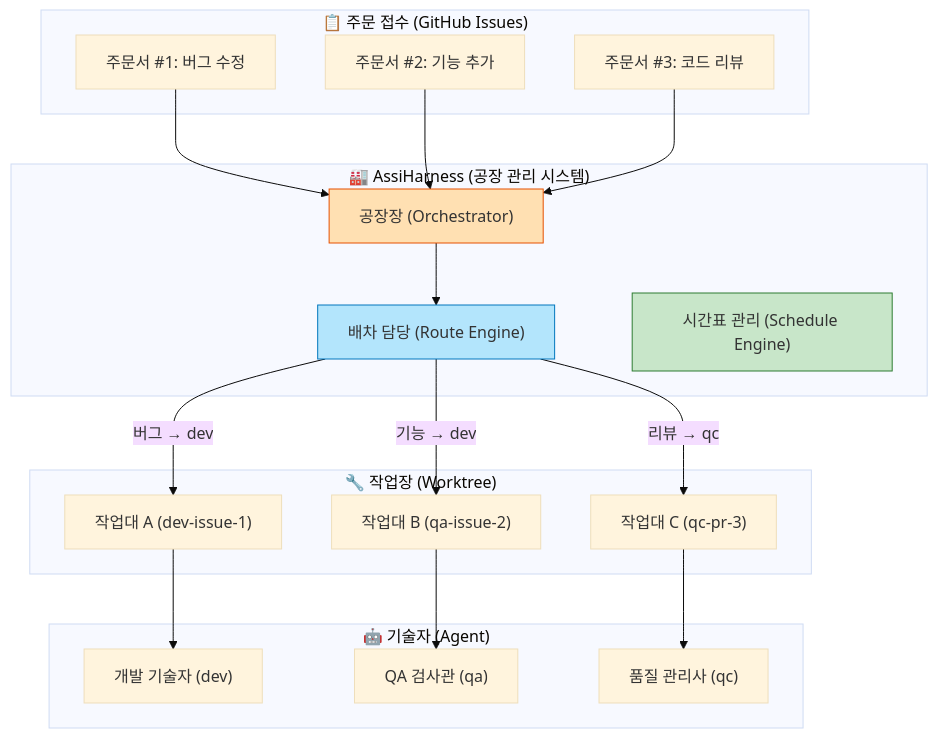
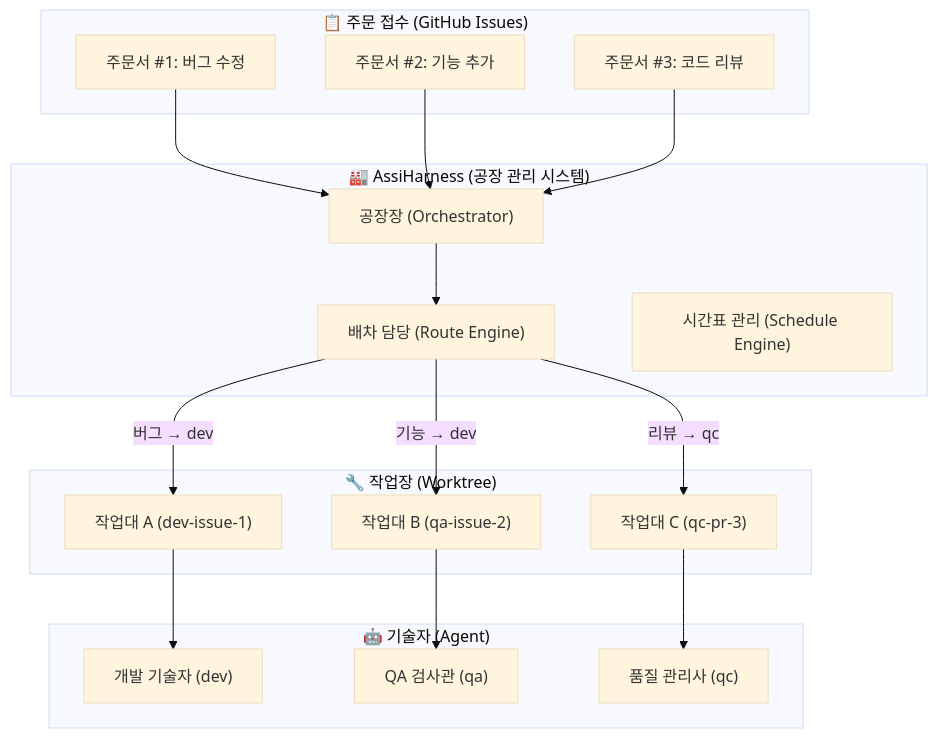
Before and after one commit to tykimos/assiharness: the second of 17 diagrams in README.md, drawn with Mermaid (base theme). The commit also changed other lines of this file, not shown here.

First line of the commit message:
fix: remove Mermaid style overrides for light/dark theme compatibility

````diff
--- a/README.md
+++ b/README.md
@@ -31,41 +27,38 @@
 ```mermaid
 graph TD
     subgraph "📋 주문 접수 (GitHub Issues)"
         O1["주문서 #1: 버그 수정"]
         O2["주문서 #2: 기능 추가"]
         O3["주문서 #3: 코드 리뷰"]
     end
 
     subgraph "🏭 AssiHarness (공장 관리 시스템)"
         CM["공장장 (Orchestrator)"]
         RT["배차 담당 (Route Engine)"]
         SC["시간표 관리 (Schedule Engine)"]
     end
 
     subgraph "🔧 작업장 (Worktree)"
         W1["작업대 A (dev-issue-1)"]
         W2["작업대 B (qa-issue-2)"]
         W3["작업대 C (qc-pr-3)"]
     end
 
     subgraph "🤖 기술자 (Agent)"
         A1["개발 기술자 (dev)"]
         A2["QA 검사관 (qa)"]
         A3["품질 관리사 (qc)"]
     end
 
     O1 --> CM
     O2 --> CM
     O3 --> CM
     CM --> RT
     RT -->|"버그 → dev"| W1
     RT -->|"기능 → dev"| W2
     RT -->|"리뷰 → qc"| W3
     W1 --> A1
     W2 --> A2
     W3 --> A3
 
-    style CM fill:#FFE0B2,stroke:#E65100
-    style RT fill:#B3E5FC,stroke:#0277BD
-    style SC fill:#C8E6C9,stroke:#2E7D32
 ```
````
